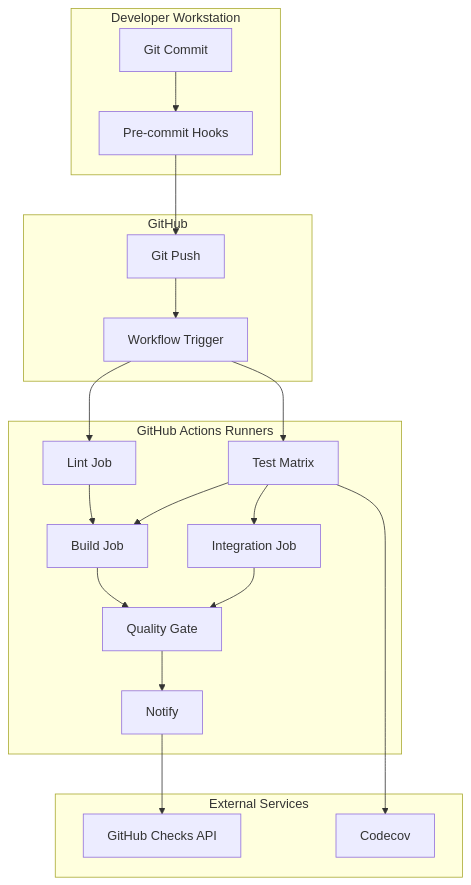
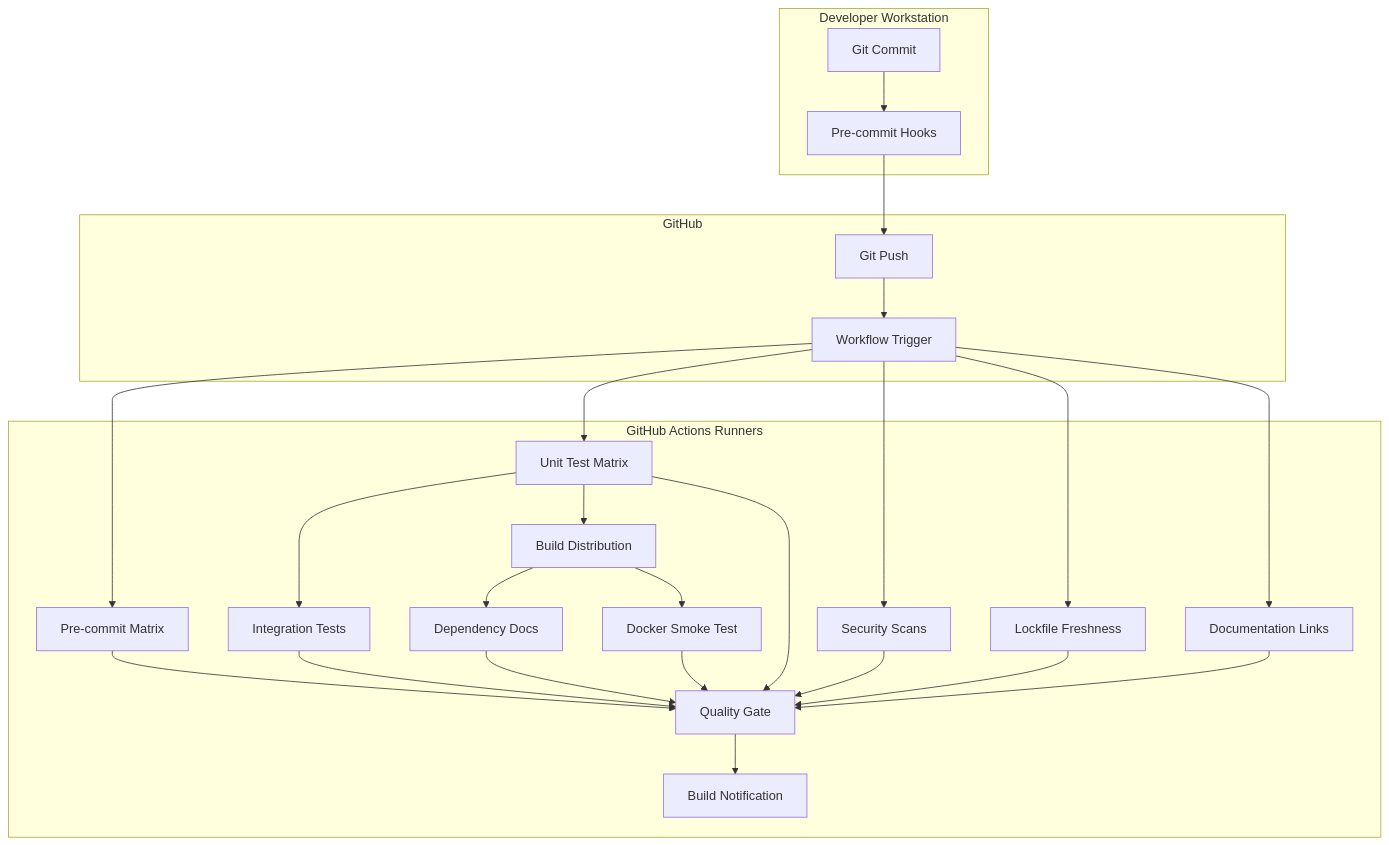
The diagram in docs/ci_cd/CICD_REFERENCE.md (pcalnon/juniper-canopy), drawn with Mermaid before and after one commit. The commit also changed other lines of this file and 4 other files, not shown here.

````diff
--- a/docs/ci_cd/CICD_REFERENCE.md
+++ b/docs/ci_cd/CICD_REFERENCE.md
@@ -24,40 +24,48 @@
 ```mermaid
 graph TB
     subgraph "Developer Workstation"
         A[Git Commit]
         B[Pre-commit Hooks]
         A --> B
     end
 
     subgraph "GitHub"
         C[Git Push]
         D[Workflow Trigger]
         B --> C
         C --> D
     end
 
     subgraph "GitHub Actions Runners"
-        E[Lint Job]
-        F[Test Matrix]
-        G[Build Job]
-        H[Integration Job]
-        I[Quality Gate]
-        J[Notify]
+        E[Pre-commit Matrix]
+        F[Unit Test Matrix]
+        G[Integration Tests]
+        H[Build Distribution]
+        I[Dependency Docs]
+        J[Security Scans]
+        K[Lockfile Freshness]
+        L[Documentation Links]
+        M[Docker Smoke Test]
+        N[Quality Gate]
+        O[Build Notification]
 
         D --> E
         D --> F
-        E --> G
+        D --> J
+        D --> K
+        D --> L
         F --> G
         F --> H
-        G --> I
         H --> I
-        I --> J
-    end
-
-    subgraph "External Services"
-        K[Codecov]
-        L[GitHub Checks API]
-        F --> K
-        J --> L
+        H --> M
+        E --> N
+        F --> N
+        G --> N
+        J --> N
+        I --> N
+        K --> N
+        L --> N
+        M --> N
+        N --> O
     end
 ```
````
